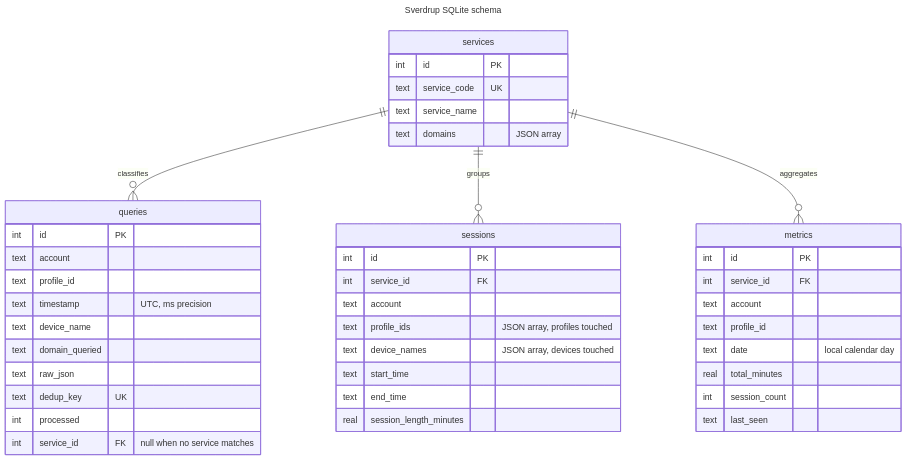
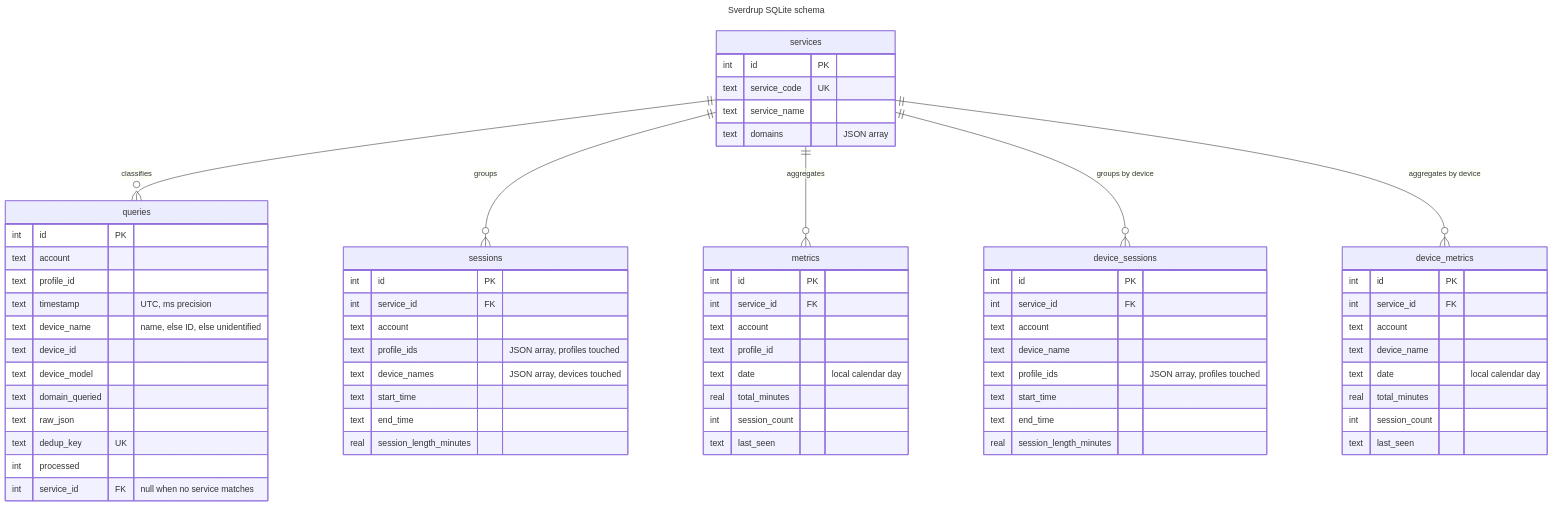
The second of 4 diagrams in ARCHITECTURE.md (shaptonstahl/sverdrup), drawn with Mermaid before and after one commit. The commit also changed other lines of this file and 6 other files, not shown here.

First line of the commit message:
Slice sessions and daily metrics by NextDNS device

````diff
--- a/ARCHITECTURE.md
+++ b/ARCHITECTURE.md
@@ -55,47 +56,71 @@
 ```mermaid
 ---
 title: Sverdrup SQLite schema
 ---
 erDiagram
     services ||--o{ queries : "classifies"
     services ||--o{ sessions : "groups"
     services ||--o{ metrics : "aggregates"
+    services ||--o{ device_sessions : "groups by device"
+    services ||--o{ device_metrics : "aggregates by device"
     queries {
         int id PK
         text account
         text profile_id
         text timestamp "UTC, ms precision"
-        text device_name
+        text device_name "name, else ID, else unidentified"
+        text device_id
+        text device_model
         text domain_queried
         text raw_json
         text dedup_key UK
         int processed
         int service_id FK "null when no service matches"
     }
     services {
         int id PK
         text service_code UK
         text service_name
         text domains "JSON array"
     }
     sessions {
         int id PK
         int service_id FK
         text account
         text profile_ids "JSON array, profiles touched"
         text device_names "JSON array, devices touched"
         text start_time
         text end_time
         real session_length_minutes
     }
     metrics {
         int id PK
         int service_id FK
         text account
         text profile_id
         text date "local calendar day"
         real total_minutes
         int session_count
         text last_seen
     }
+    device_sessions {
+        int id PK
+        int service_id FK
+        text account
+        text device_name
+        text profile_ids "JSON array, profiles touched"
+        text start_time
+        text end_time
+        real session_length_minutes
+    }
+    device_metrics {
+        int id PK
+        int service_id FK
+        text account
+        text device_name
+        text date "local calendar day"
+        real total_minutes
+        int session_count
+        text last_seen
+    }
 ```
````
